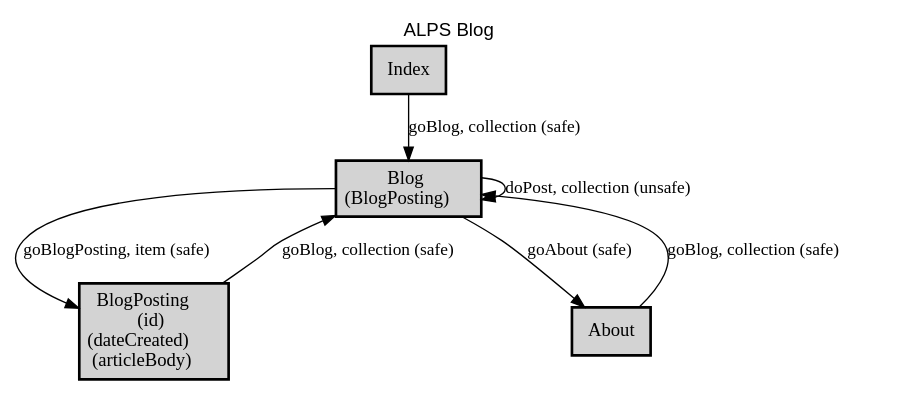
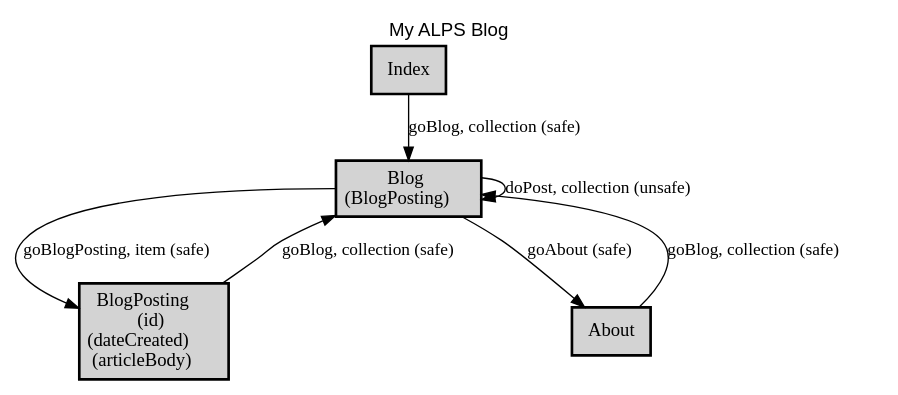
The diagram in profile.dot (Chikara0176/my-first-alps), drawn with Graphviz before and after one commit. The commit also changed 18 other files, not shown here.

```diff
--- a/profile.dot
+++ b/profile.dot
@@ -1,23 +1,23 @@
 digraph application_state_diagram {
   graph [
     labelloc="t";
     fontname="Helvetica"
-    label="ALPS Blog";
+    label="My ALPS Blog";
     URL="index.html" target="_parent"
   ];
   node [shape = box, style = "bold,filled" fillcolor="lightgray"];
 
     Blog [margin=0.02, label=<<table cellspacing="0" cellpadding="5" border="0"><tr><td>Blog<br />(BlogPosting)<br /></td></tr></table>>,shape=box URL="docs/semantic.Blog.html" target="_parent"]
     BlogPosting [margin=0.02, label=<<table cellspacing="0" cellpadding="5" border="0"><tr><td>BlogPosting<br />(id)<br />(dateCreated)<br />(articleBody)<br /></td></tr></table>>,shape=box URL="docs/semantic.BlogPosting.html" target="_parent"]
 
     About -> Blog [label = <goBlog, collection (safe)> URL="docs/safe.goBlog.html" target="_parent" fontsize=13];
     Blog -> About [label = <goAbout (safe)> URL="docs/safe.goAbout.html" target="_parent" fontsize=13];
     Blog -> Blog [label = <doPost, collection (unsafe)> URL="docs/unsafe.doPost.html" target="_parent" fontsize=13];
     Blog -> BlogPosting [label = <goBlogPosting, item (safe)> URL="docs/safe.goBlogPosting.html" target="_parent" fontsize=13];
     BlogPosting -> Blog [label = <goBlog, collection (safe)> URL="docs/safe.goBlog.html" target="_parent" fontsize=13];
     Index -> Blog [label = <goBlog, collection (safe)> URL="docs/safe.goBlog.html" target="_parent" fontsize=13];
 
     About [label = <About> URL="docs/semantic.About.html" target="_parent"]
     Index [label = <Index> URL="docs/semantic.Index.html" target="_parent"]
 
 }
```
